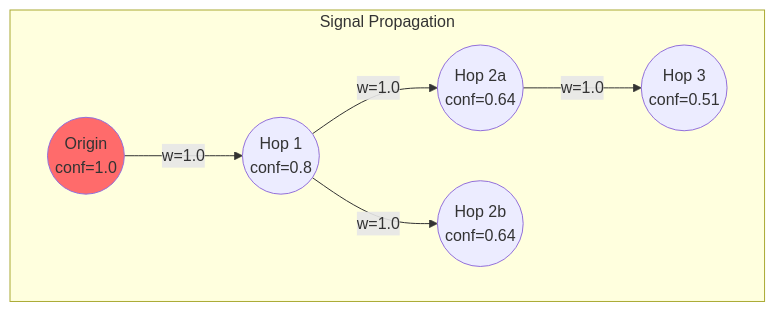
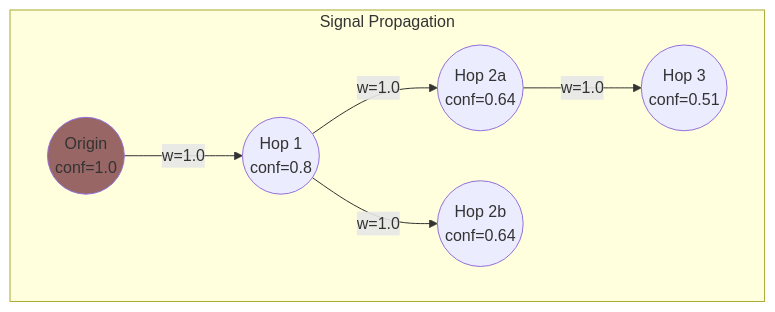
Before and after one commit to ScopeCreep-zip/Symbiont: the ninth of 16 diagrams in docs/architecture/network.md, drawn with Mermaid. The commit also changed other lines of this file and 17 other files, not shown here.

Commit message:
update to diagram colors

````diff
--- a/docs/architecture/network.md
+++ b/docs/architecture/network.md
@@ -325,17 +325,17 @@
 ```mermaid
 graph TB
     subgraph "Signal Propagation"
         O((Origin<br/>conf=1.0))
         H1((Hop 1<br/>conf=0.8))
         H2A((Hop 2a<br/>conf=0.64))
         H2B((Hop 2b<br/>conf=0.64))
         H3((Hop 3<br/>conf=0.51))
 
         O -->|w=1.0| H1
         H1 -->|w=1.0| H2A
         H1 -->|w=1.0| H2B
         H2A -->|w=1.0| H3
     end
 
-    style O fill:#FF6B6B
+    style O fill:#996666
 ```
````
